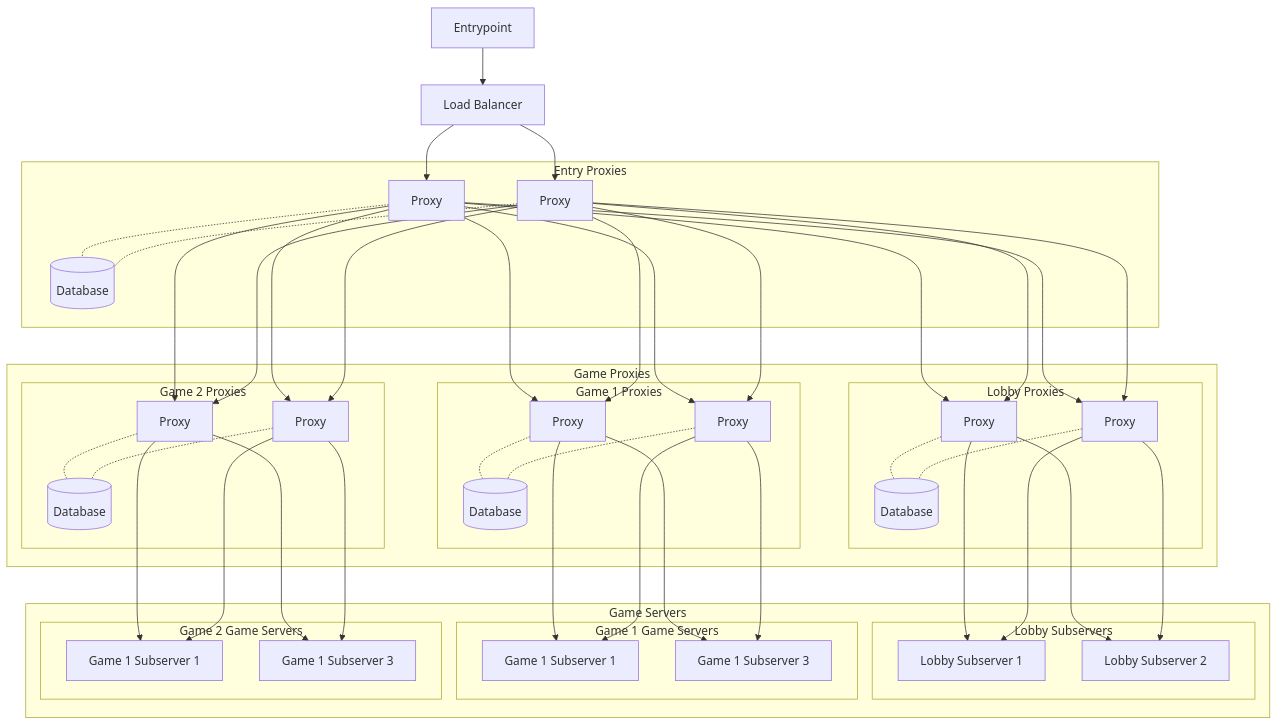
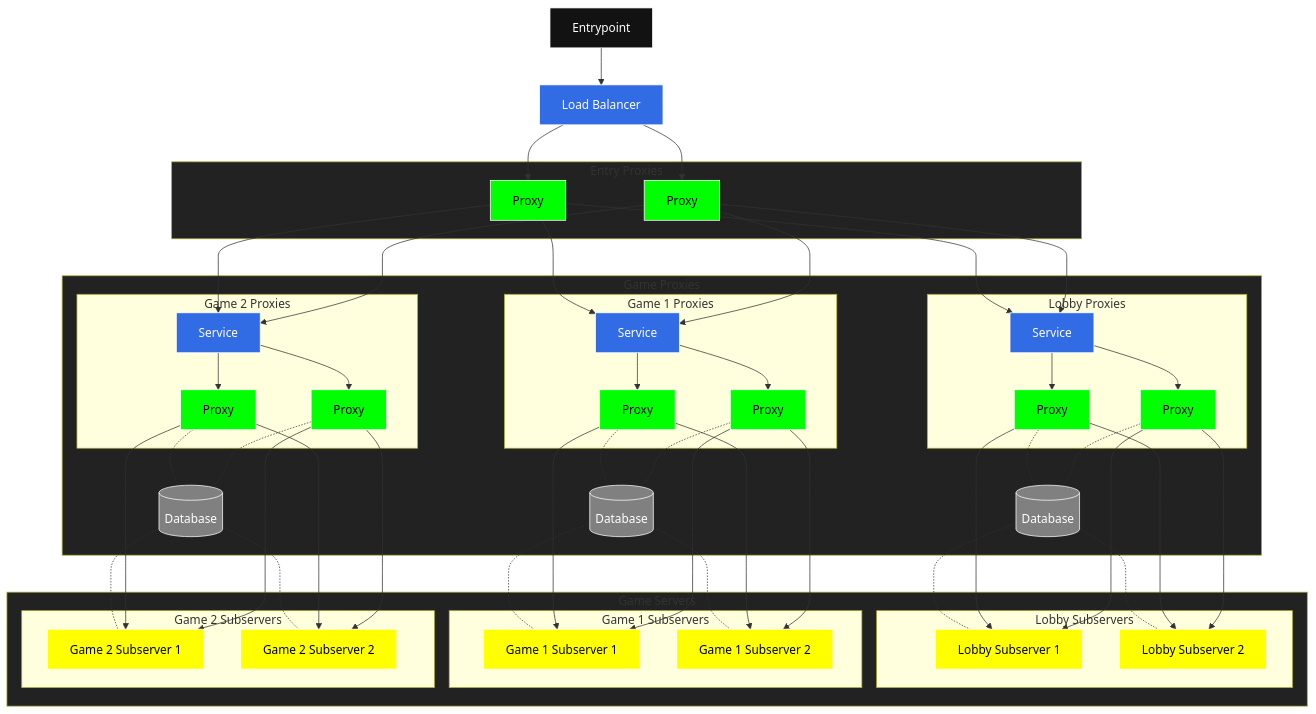
The diagram in README.md (Redstonecrafter0/Moonshine), drawn with Mermaid before and after one commit. The commit also changed other lines of this file and 18 other files, not shown here.

````diff
--- a/README.md
+++ b/README.md
@@ -14,47 +14,58 @@
 ```mermaid
 flowchart TB
-    entrypoint[Entrypoint]-->loadbalancer[Load Balancer]
+    entrypoint[Entrypoint] --> loadbalancer[Load Balancer]:::service --> proxy_1 & proxy_2 --> lobby_entrypoint & game_1_entrypoint & game_2_entrypoint
     subgraph proxies [Entry Proxies]
-        proxy_1[Proxy]
-        proxy_2[Proxy]
-        proxy_1 & proxy_2 -.- proxy_db_1[(Database)]
+        proxy_1[Proxy]:::proxy
+        proxy_2[Proxy]:::proxy
     end
-    loadbalancer-->proxy_1 & proxy_2
-    proxy_1 & proxy_2 ---> lobby_proxy_1 & lobby_proxy_2 & game_1_proxy_1 & game_1_proxy_2 & game_2_proxy_1 & game_2_proxy_2
 
     subgraph subproxies [Game Proxies]
+        lobbyproxy_db_1[(Database)]:::db
+        game_1_proxy_db_1[(Database)]:::db
+        game_2_proxy_db_1[(Database)]:::db
+
         subgraph lobbyproxies [Lobby Proxies]
-            lobby_proxy_1[Proxy]
-            lobby_proxy_2[Proxy]
-            lobby_proxy_1 & lobby_proxy_2 -.- lobbyproxy_db_1[(Database)]
+            lobby_entrypoint[Service]:::service --> lobby_proxy_1[Proxy] & lobby_proxy_2[Proxy]
         end
         subgraph game1proxies [Game 1 Proxies]
-            game_1_proxy_1[Proxy]
-            game_1_proxy_2[Proxy]
-            game_1_proxy_1 & game_1_proxy_2 -.- game_1_proxy_db_1[(Database)]
+            game_1_entrypoint[Service]:::service --> game_1_proxy_1[Proxy] & game_1_proxy_2[Proxy]
         end
         subgraph game2proxies [Game 2 Proxies]
-            game_2_proxy_1[Proxy]
-            game_2_proxy_2[Proxy]
-            game_2_proxy_1 & game_2_proxy_2 -.- game_2_proxy_db_1[(Database)]
+            game_2_entrypoint[Service]:::service --> game_2_proxy_1[Proxy] & game_2_proxy_2[Proxy]
         end
     end
     
+    lobby_proxy_1 & lobby_proxy_2 -.- lobbyproxy_db_1 -.- lobby_sub_1 & lobby_sub_2
+    game_1_proxy_1 & game_1_proxy_2 -.- game_1_proxy_db_1 -.- game_1_sub_1 & game_1_sub_2
+    game_2_proxy_1 & game_2_proxy_2 -.- game_2_proxy_db_1 -.- game_2_sub_1 & game_2_sub_2
+    
     subgraph gameservers [Game Servers]
+        lobby_proxy_1 & lobby_proxy_2 ---> lobby_sub_1 & lobby_sub_2
+        game_1_proxy_1 & game_1_proxy_2 ---> game_1_sub_1 & game_1_sub_2
+        game_2_proxy_1 & game_2_proxy_2 ---> game_2_sub_1 & game_2_sub_2
+
         subgraph lobby_sub [Lobby Subservers]
-            lobby_sub_1[Lobby Subserver 1]
-            lobby_sub_2[Lobby Subserver 2]
+            lobby_sub_1[Lobby Subserver 1]:::game
+            lobby_sub_2[Lobby Subserver 2]:::game
         end
-        lobby_proxy_1 & lobby_proxy_2 ---> lobby_sub_1 & lobby_sub_2
-        subgraph game_1_sub [Game 1 Game Servers]
-            game_1_sub_1[Game 1 Subserver 1]
-            game_1_sub_3[Game 1 Subserver 3]
+        subgraph game_1_sub [Game 1 Subservers]
+            game_1_sub_1[Game 1 Subserver 1]:::game
+            game_1_sub_2[Game 1 Subserver 2]:::game
         end
-        game_1_proxy_1 & game_1_proxy_2 ---> game_1_sub_1 & game_1_sub_3
-        subgraph game_2_sub [Game 2 Game Servers]
-            game_2_sub_1[Game 1 Subserver 1]
-            game_2_sub_3[Game 1 Subserver 3]
+        subgraph game_2_sub [Game 2 Subservers]
+            game_2_sub_1[Game 2 Subserver 1]:::game
+            game_2_sub_2[Game 2 Subserver 2]:::game
         end
-        game_2_proxy_1 & game_2_proxy_2 ---> game_2_sub_1 & game_2_sub_3
     end
+    
+    classDef default fill:#121213,color:white,stroke:white;
+    classDef proxy fill:#0f0,color:black;
+    classDef game fill:yellow,color:black;
+    classDef db fill:grey;
+    classDef service fill:#326ce5;
+    classDef outer fill:#222;
+
+    class subproxies,gameservers,proxies outer;
+
+    class lobby_proxy_1,lobby_proxy_2,game_1_proxy_1,game_1_proxy_2,game_2_proxy_1,game_2_proxy_2 proxy;
 ```
````
